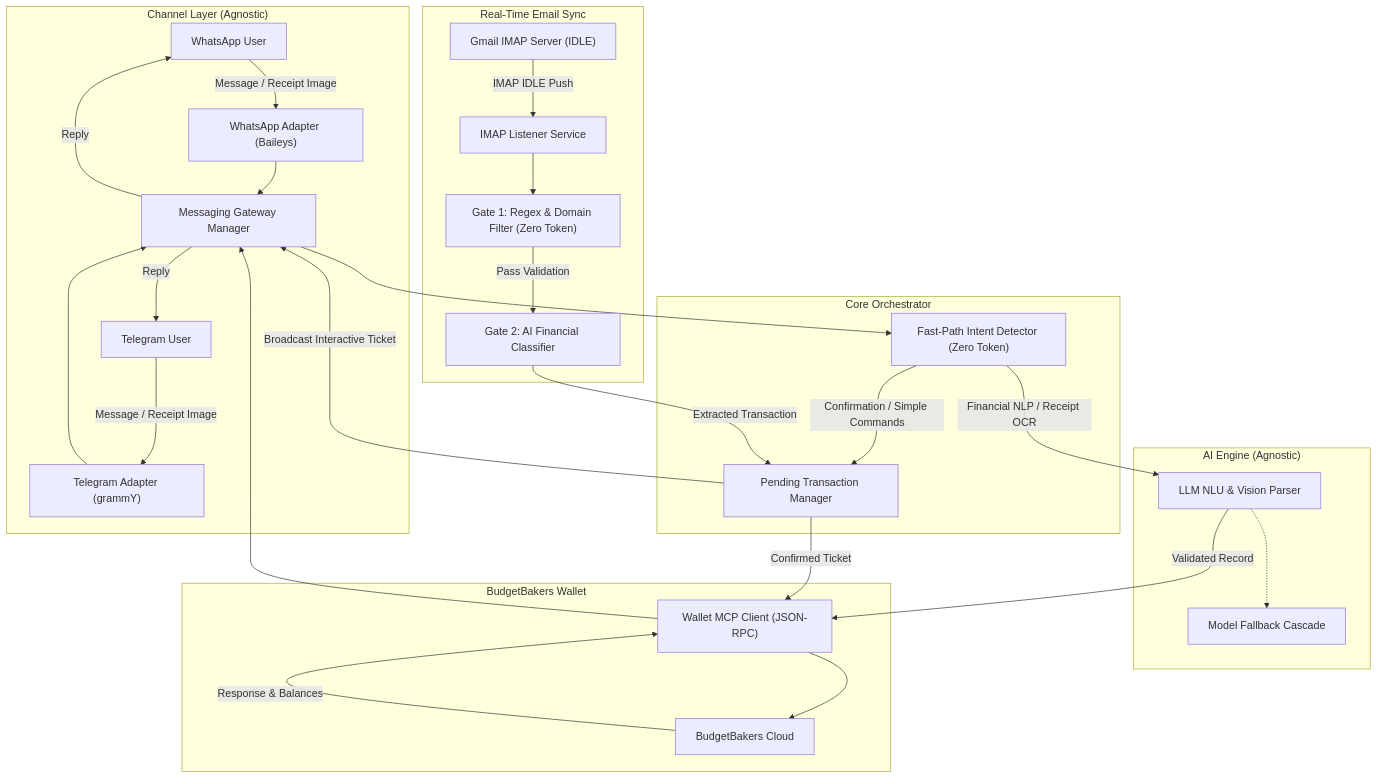
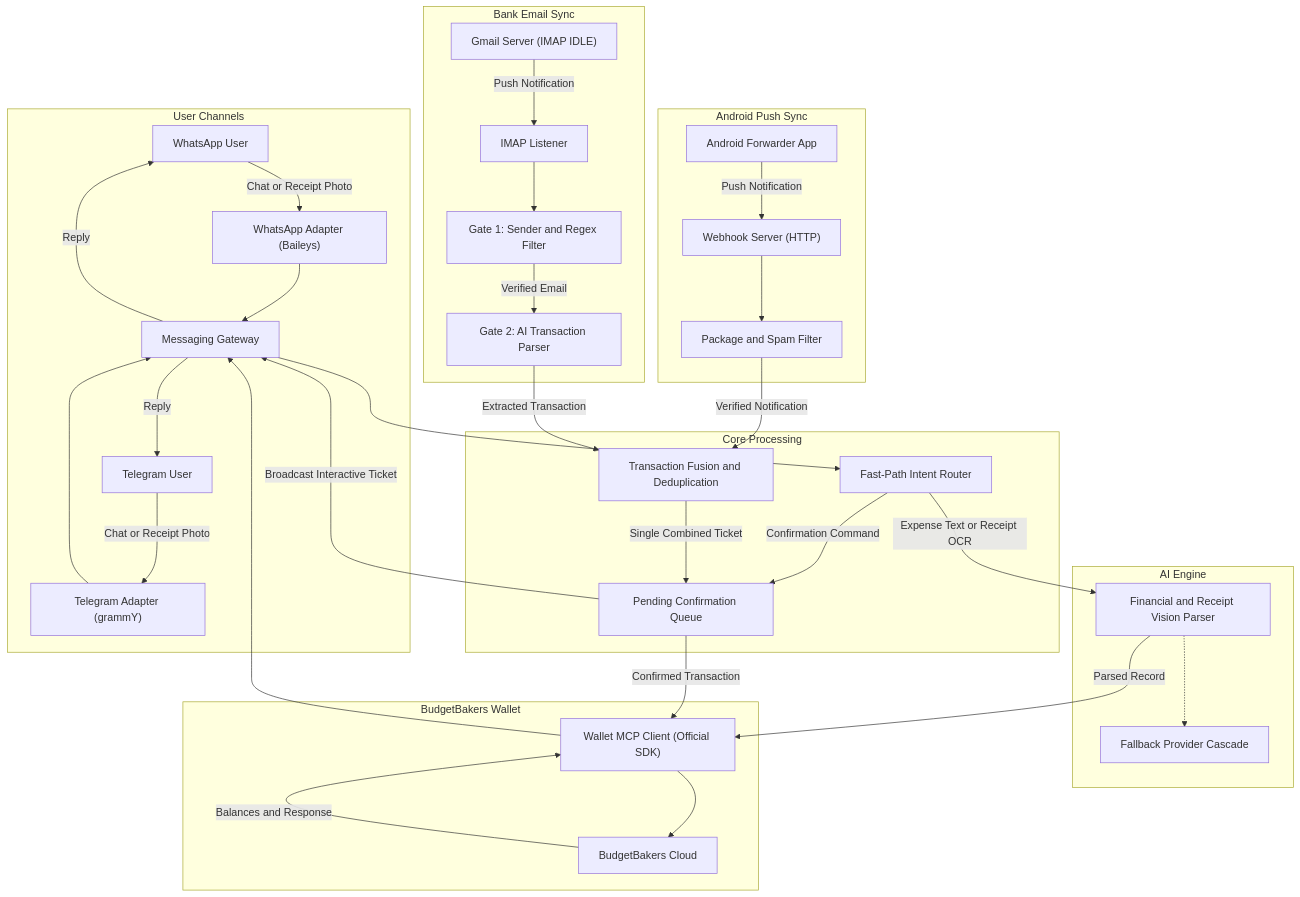
Before and after one commit to Churma16/wallet-mcp-budgetbakers-bot: the diagram in README.md, drawn with Mermaid. The commit also changed other lines of this file and 3 other files, not shown here.

````diff
--- a/README.md
+++ b/README.md
@@ -35,55 +35,68 @@
 ```mermaid
 flowchart TD
-    subgraph Messaging_Channels ["Channel Layer (Agnostic)"]
+    subgraph Channels ["User Channels"]
         UserWA["WhatsApp User"]
         UserTG["Telegram User"]
         AdapterWA["WhatsApp Adapter (Baileys)"]
         AdapterTG["Telegram Adapter (grammY)"]
-        Gateway["Messaging Gateway Manager"]
+        Gateway["Messaging Gateway"]
     end
 
-    subgraph Core_Orchestrator ["Core Orchestrator"]
-        FastPath["Fast-Path Intent Detector (Zero Token)"]
-        PendingMgr["Pending Transaction Manager"]
+    subgraph Mobile_Sync ["Android Push Sync"]
+        AndroidApp["Android Forwarder App"]
+        Webhook["Webhook Server (HTTP)"]
+        GateAndroid["Package and Spam Filter"]
     end
 
-    subgraph AI_Engine ["AI Engine (Agnostic)"]
-        GeminiNLU["LLM NLU & Vision Parser"]
-        FallbackCascade["Model Fallback Cascade"]
+    subgraph Email_Sync ["Bank Email Sync"]
+        Gmail["Gmail Server (IMAP IDLE)"]
+        Listener["IMAP Listener"]
+        Gate1["Gate 1: Sender and Regex Filter"]
+        Gate2["Gate 2: AI Transaction Parser"]
     end
 
-    subgraph Email_Sync ["Real-Time Email Sync"]
-        Gmail["Gmail IMAP Server (IDLE)"]
-        Listener["IMAP Listener Service"]
-        Gate1["Gate 1: Regex & Domain Filter (Zero Token)"]
-        Gate2["Gate 2: AI Financial Classifier"]
+    subgraph Core ["Core Processing"]
+        Fusion["Transaction Fusion and Deduplication"]
+        FastPath["Fast-Path Intent Router"]
+        PendingMgr["Pending Confirmation Queue"]
     end
 
-    subgraph Wallet_Integration ["BudgetBakers Wallet"]
-        McpClient["Wallet MCP Client (JSON-RPC)"]
+    subgraph AI ["AI Engine"]
+        LLMParser["Financial and Receipt Vision Parser"]
+        ModelFallback["Fallback Provider Cascade"]
+    end
+
+    subgraph Wallet ["BudgetBakers Wallet"]
+        McpClient["Wallet MCP Client (Official SDK)"]
         BBCloud["BudgetBakers Cloud"]
     end
 
-    UserWA -->|Message / Receipt Image| AdapterWA
-    UserTG -->|Message / Receipt Image| AdapterTG
+    UserWA -->|Chat or Receipt Photo| AdapterWA
+    UserTG -->|Chat or Receipt Photo| AdapterTG
     AdapterWA --> Gateway
     AdapterTG --> Gateway
     Gateway --> FastPath
-    FastPath -->|Confirmation / Simple Commands| PendingMgr
-    FastPath -->|Financial NLP / Receipt OCR| GeminiNLU
-    GeminiNLU -.-> FallbackCascade
-    GeminiNLU -->|Validated Record| McpClient
+    FastPath -->|Confirmation Command| PendingMgr
+    FastPath -->|Expense Text or Receipt OCR| LLMParser
+    LLMParser -.-> ModelFallback
+    LLMParser -->|Parsed Record| McpClient
 
-    Gmail -->|IMAP IDLE Push| Listener
+    AndroidApp -->|Push Notification| Webhook
+    Webhook --> GateAndroid
+    GateAndroid -->|Verified Notification| Fusion
+
+    Gmail -->|Push Notification| Listener
     Listener --> Gate1
-    Gate1 -->|Pass Validation| Gate2
-    Gate2 -->|Extracted Transaction| PendingMgr
+    Gate1 -->|Verified Email| Gate2
+    Gate2 -->|Extracted Transaction| Fusion
+
+    Fusion -->|Single Combined Ticket| PendingMgr
     PendingMgr -->|Broadcast Interactive Ticket| Gateway
-    PendingMgr -->|Confirmed Ticket| McpClient
+    PendingMgr -->|Confirmed Transaction| McpClient
 
     McpClient --> BBCloud
-    BBCloud -->|Response & Balances| McpClient
+    BBCloud -->|Balances and Response| McpClient
     McpClient --> Gateway
     Gateway -->|Reply| UserWA
     Gateway -->|Reply| UserTG
 ```
````
